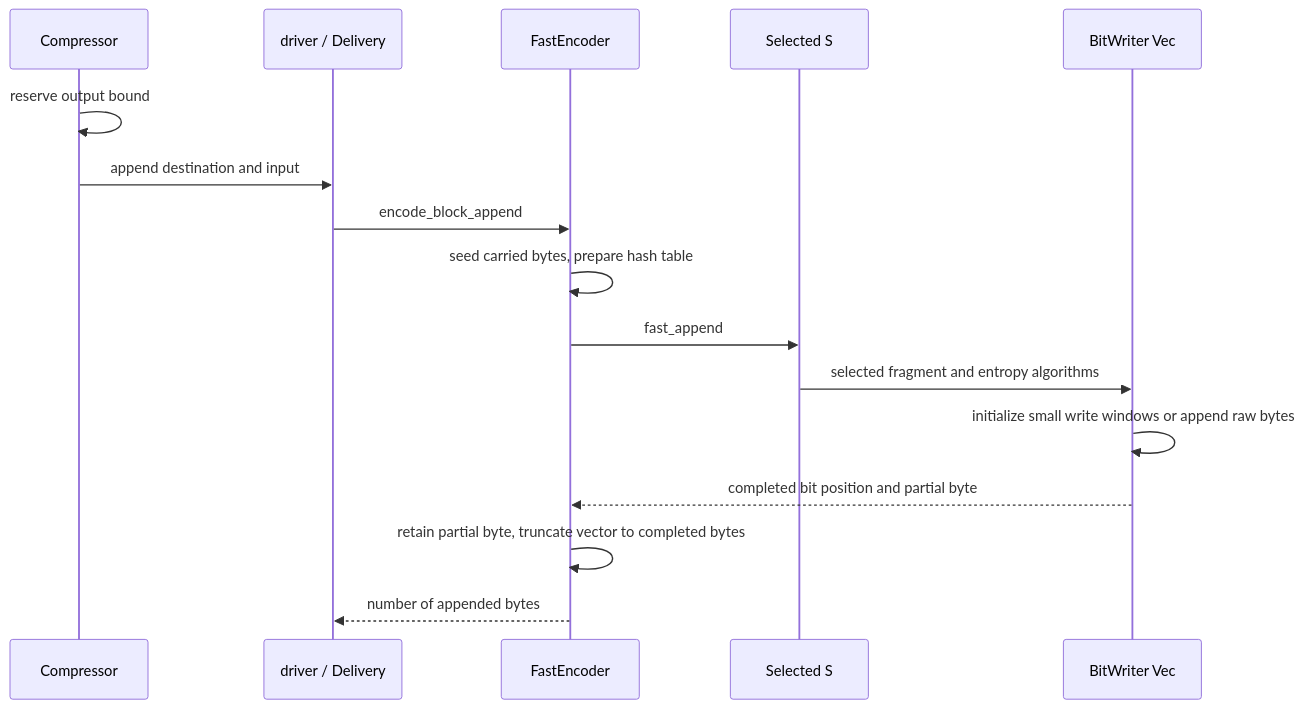
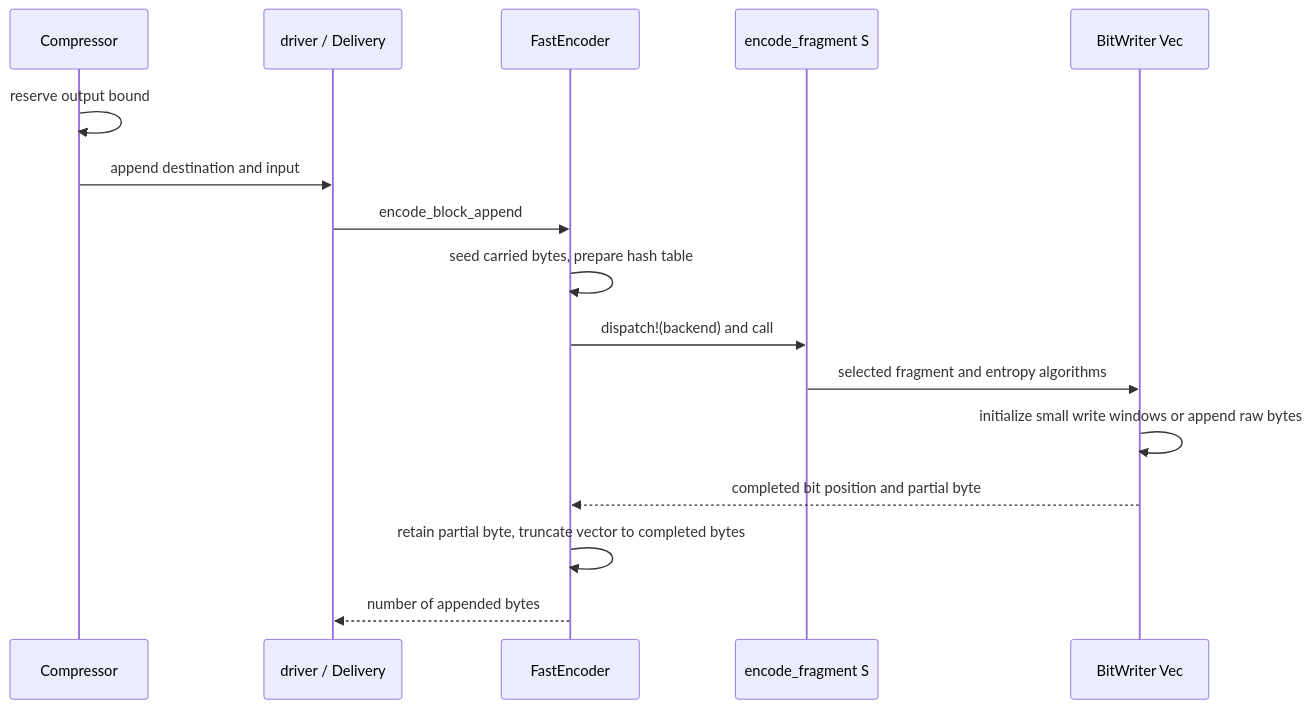
One commit to M-Compressors/mbrotli changed the second of 2 diagrams in architecture/bit-output.md. Above: the diagram before and after it, drawn with Mermaid. The commit also changed other lines of this file and 22 other files, not shown here.

````diff
--- a/architecture/bit-output.md
+++ b/architecture/bit-output.md
@@ -46,18 +46,18 @@
 ```mermaid
 sequenceDiagram
     participant API as Compressor
     participant Driver as driver / Delivery
     participant Fast as FastEncoder
-    participant Kernel as Selected S
+    participant Kernel as encode_fragment S
     participant Bits as BitWriter Vec
     API->>API: reserve output bound
     API->>Driver: append destination and input
     Driver->>Fast: encode_block_append
     Fast->>Fast: seed carried bytes, prepare hash table
-    Fast->>Kernel: fast_append
+    Fast->>Kernel: dispatch!(backend) and call
     Kernel->>Bits: selected fragment and entropy algorithms
     Bits->>Bits: initialize small write windows or append raw bytes
     Bits-->>Fast: completed bit position and partial byte
     Fast->>Fast: retain partial byte, truncate vector to completed bytes
     Fast-->>Driver: number of appended bytes
 ```
````
